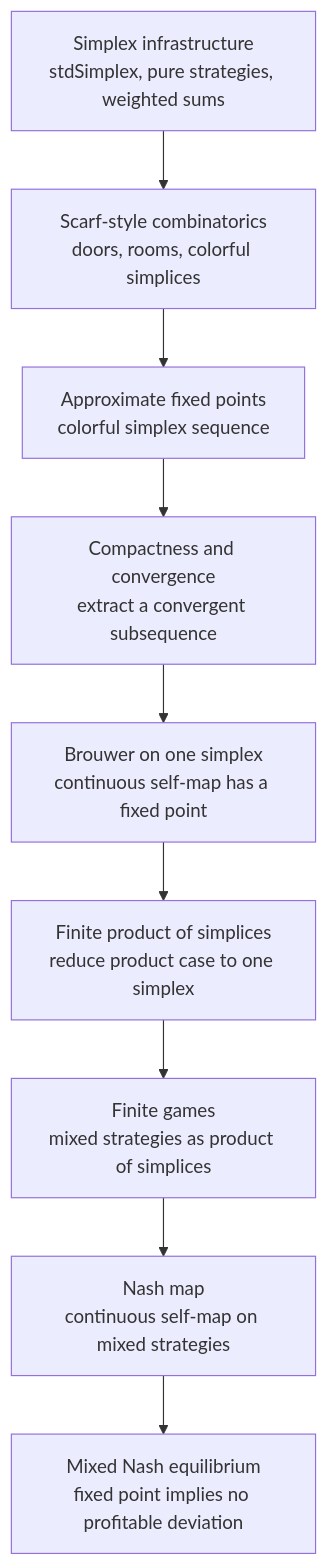
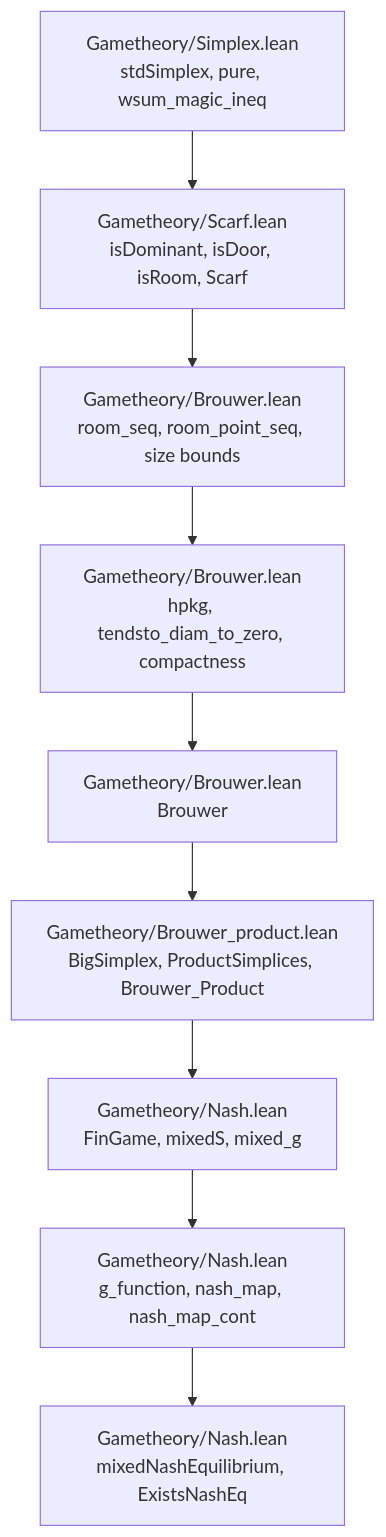
Before and after one commit to math-xmum/Brouwer: the diagram in README.md, drawn with Mermaid. The commit also changed other lines of this file, not shown here.

````diff
--- a/README.md
+++ b/README.md
@@ -33,14 +33,14 @@
 ```mermaid
 flowchart TD
-    A["Simplex infrastructure<br/>stdSimplex, pure strategies, weighted sums"]
-    B["Scarf-style combinatorics<br/>doors, rooms, colorful simplices"]
-    C["Approximate fixed points<br/>colorful simplex sequence"]
-    D["Compactness and convergence<br/>extract a convergent subsequence"]
-    E["Brouwer on one simplex<br/>continuous self-map has a fixed point"]
-    F["Finite product of simplices<br/>reduce product case to one simplex"]
-    G["Finite games<br/>mixed strategies as product of simplices"]
-    H["Nash map<br/>continuous self-map on mixed strategies"]
-    I["Mixed Nash equilibrium<br/>fixed point implies no profitable deviation"]
+    A["Gametheory/Simplex.lean<br/>stdSimplex, pure, wsum_magic_ineq"]
+    B["Gametheory/Scarf.lean<br/>isDominant, isDoor, isRoom, Scarf"]
+    C["Gametheory/Brouwer.lean<br/>room_seq, room_point_seq, size bounds"]
+    D["Gametheory/Brouwer.lean<br/>hpkg, tendsto_diam_to_zero, compactness"]
+    E["Gametheory/Brouwer.lean<br/>Brouwer"]
+    F["Gametheory/Brouwer_product.lean<br/>BigSimplex, ProductSimplices, Brouwer_Product"]
+    G["Gametheory/Nash.lean<br/>FinGame, mixedS, mixed_g"]
+    H["Gametheory/Nash.lean<br/>g_function, nash_map, nash_map_cont"]
+    I["Gametheory/Nash.lean<br/>mixedNashEquilibrium, ExistsNashEq"]
 
     A --> B --> C --> D --> E --> F --> G --> H --> I
 ```
````
